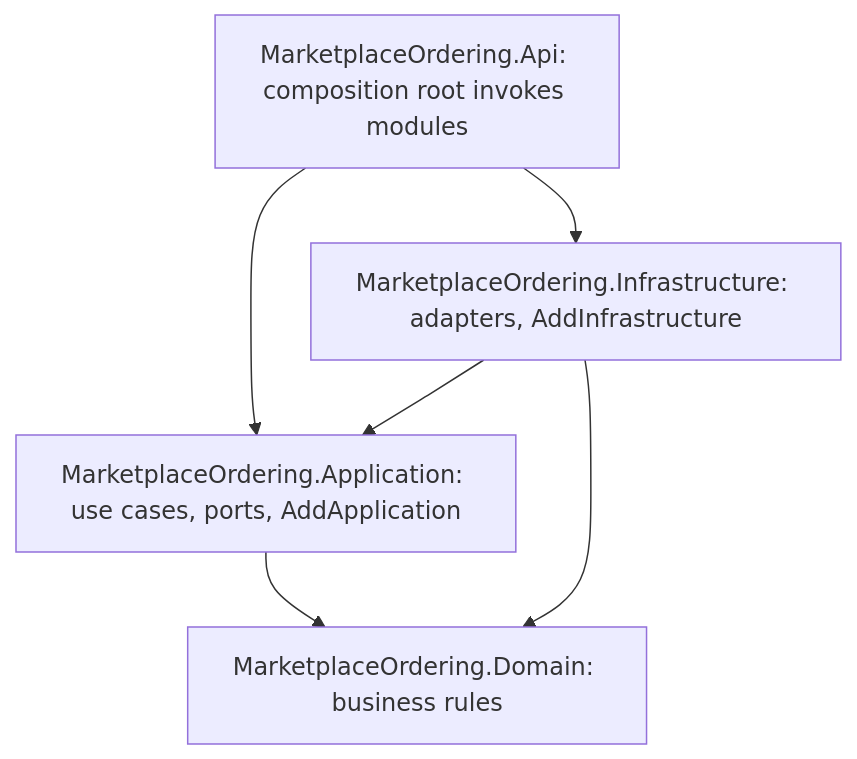
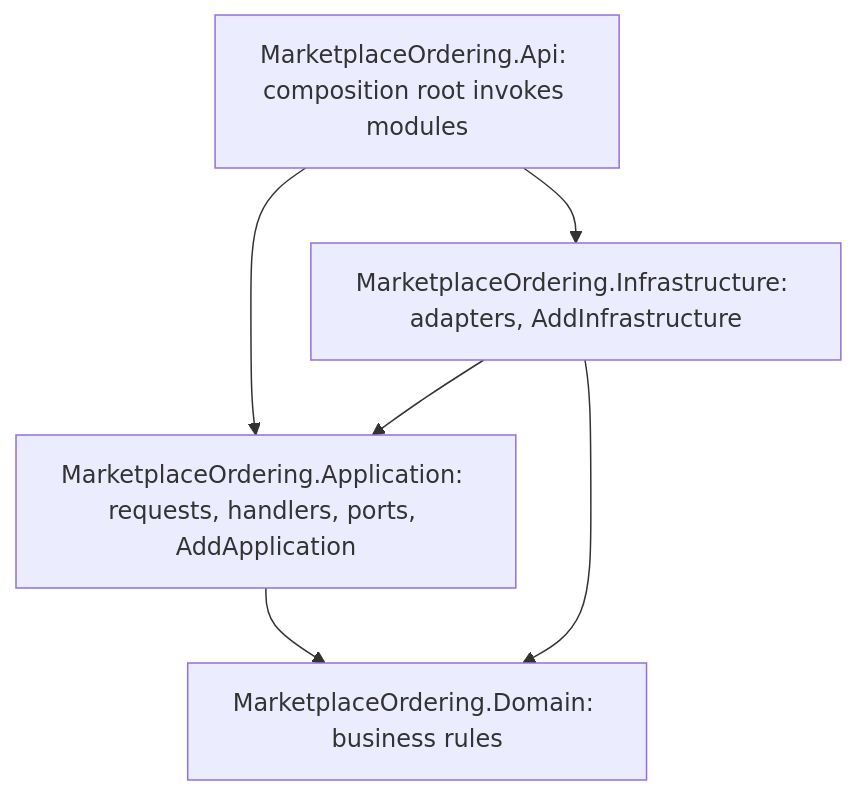
Before and after one commit to erfanehsrchl/MarketplaceOrdering: the second of 10 diagrams in README.md, drawn with Mermaid. The commit also changed other lines of this file and 49 other files, not shown here.

````diff
--- a/README.md
+++ b/README.md
@@ -74,13 +98,13 @@
 ```mermaid
 flowchart TD
     API["MarketplaceOrdering.Api: composition root invokes modules"]
-    APP["MarketplaceOrdering.Application: use cases, ports, AddApplication"]
+    APP["MarketplaceOrdering.Application: requests, handlers, ports, AddApplication"]
     INFRA["MarketplaceOrdering.Infrastructure: adapters, AddInfrastructure"]
     DOMAIN["MarketplaceOrdering.Domain: business rules"]
 
     API --> APP
     API --> INFRA
     INFRA --> APP
     INFRA --> DOMAIN
     APP --> DOMAIN
 ```
````
